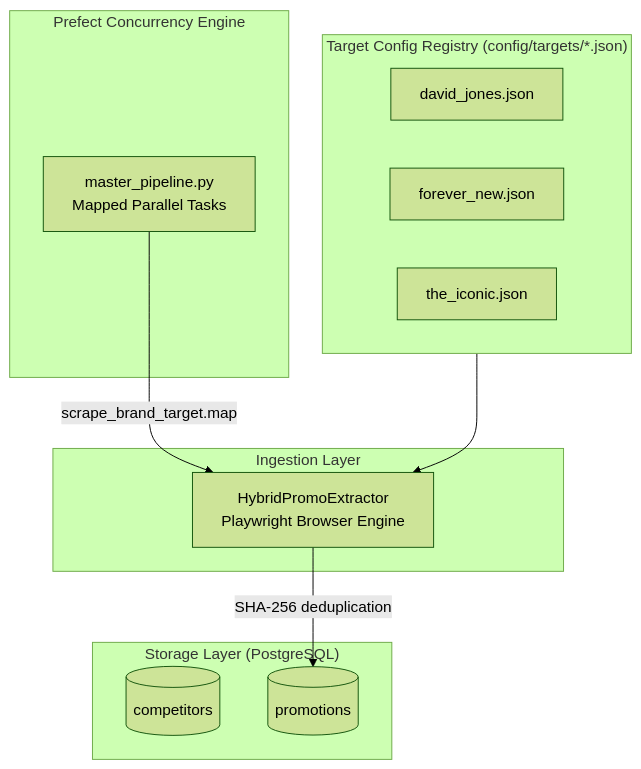
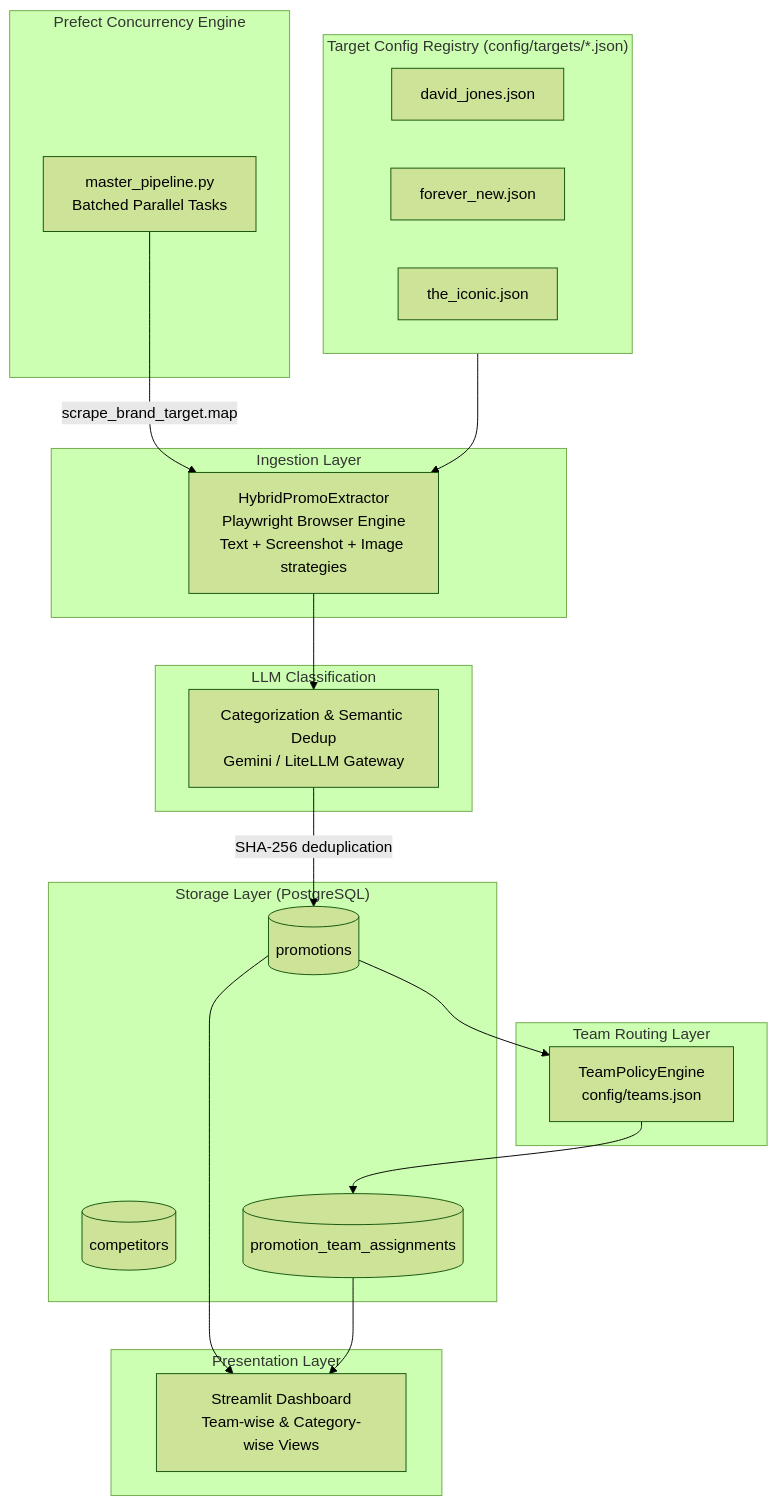
One commit to Arshu45/Web_Scraping_v1 changed the first of 2 diagrams in confluence_documentation.md. Above: the diagram before and after it, drawn with Mermaid (forest theme). The commit also changed other lines of this file and 8 other files, not shown here.

````diff
--- a/confluence_documentation.md
+++ b/confluence_documentation.md
@@ -15,25 +15,43 @@
 ```mermaid
 graph TD
     subgraph Configs["Target Config Registry (config/targets/*.json)"]
         C1[david_jones.json]
         C2[forever_new.json]
         C3[the_iconic.json]
     end
 
     subgraph BRONZE["Ingestion Layer"]
-        HPE[HybridPromoExtractor<br/>Playwright Browser Engine]
+        HPE["HybridPromoExtractor<br/>Playwright Browser Engine<br/>Text + Screenshot + Image strategies"]
+    end
+
+    subgraph LLM["LLM Classification"]
+        CAT["Categorization & Semantic Dedup<br/>Gemini / LiteLLM Gateway"]
     end
 
     subgraph SILVER["Storage Layer (PostgreSQL)"]
         DB1[(competitors)]
         DB2[(promotions)]
+        DB3[(promotion_team_assignments)]
+    end
+
+    subgraph ROUTING["Team Routing Layer"]
+        TPE["TeamPolicyEngine<br/>config/teams.json"]
     end
 
     subgraph ORCH["Prefect Concurrency Engine"]
-        MP[master_pipeline.py<br/>Mapped Parallel Tasks]
+        MP["master_pipeline.py<br/>Batched Parallel Tasks"]
+    end
+
+    subgraph GOLD["Presentation Layer"]
+        DASH["Streamlit Dashboard<br/>Team-wise & Category-wise Views"]
     end
 
     Configs --> HPE
-    MP -->|scrape_brand_target.map| HPE
-    HPE -->|SHA-256 deduplication| DB2
+    MP -->|"scrape_brand_target.map"| HPE
+    HPE --> CAT
+    CAT -->|"SHA-256 deduplication"| DB2
+    DB2 --> TPE
+    TPE --> DB3
+    DB2 --> DASH
+    DB3 --> DASH
 ```
````
